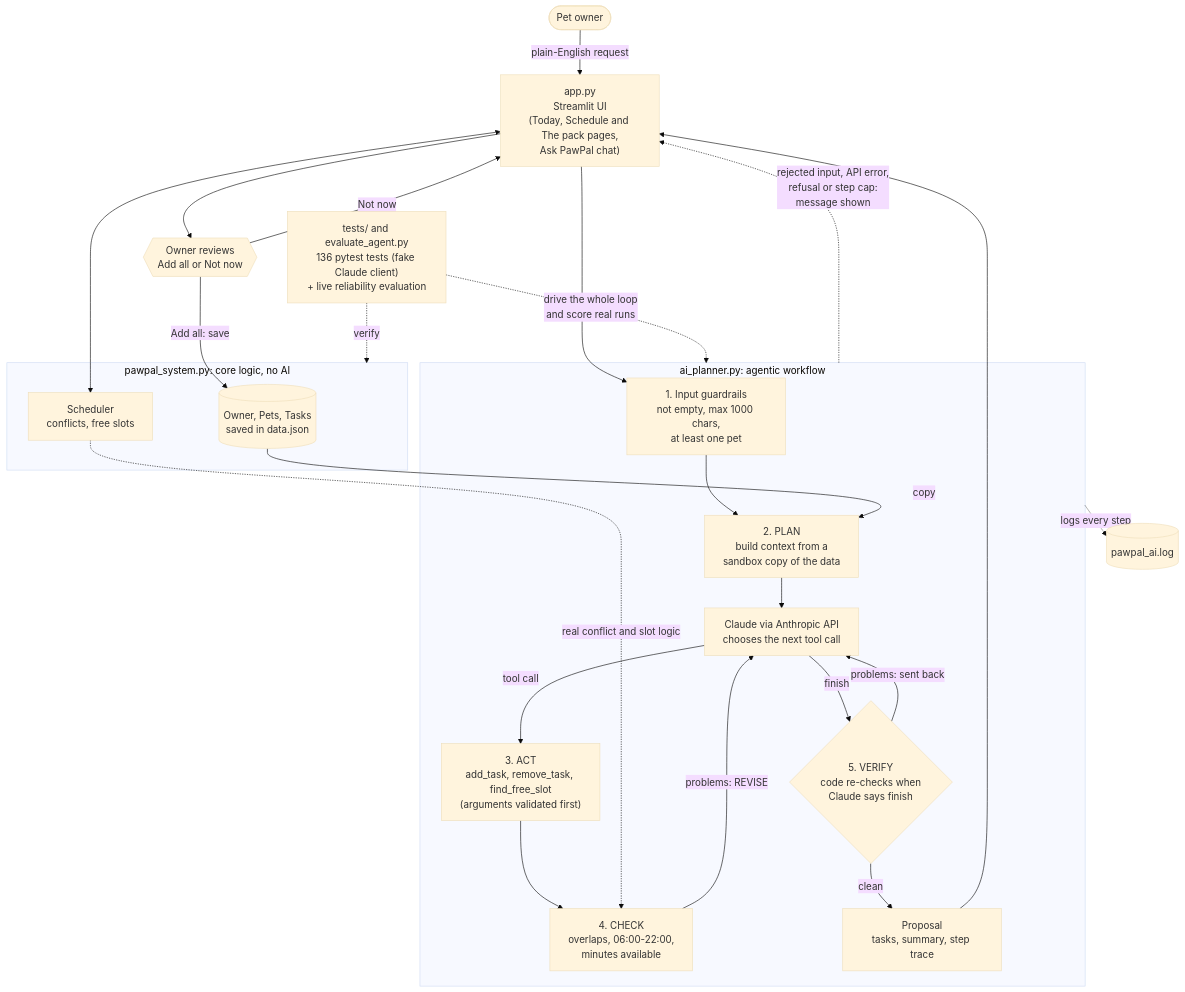
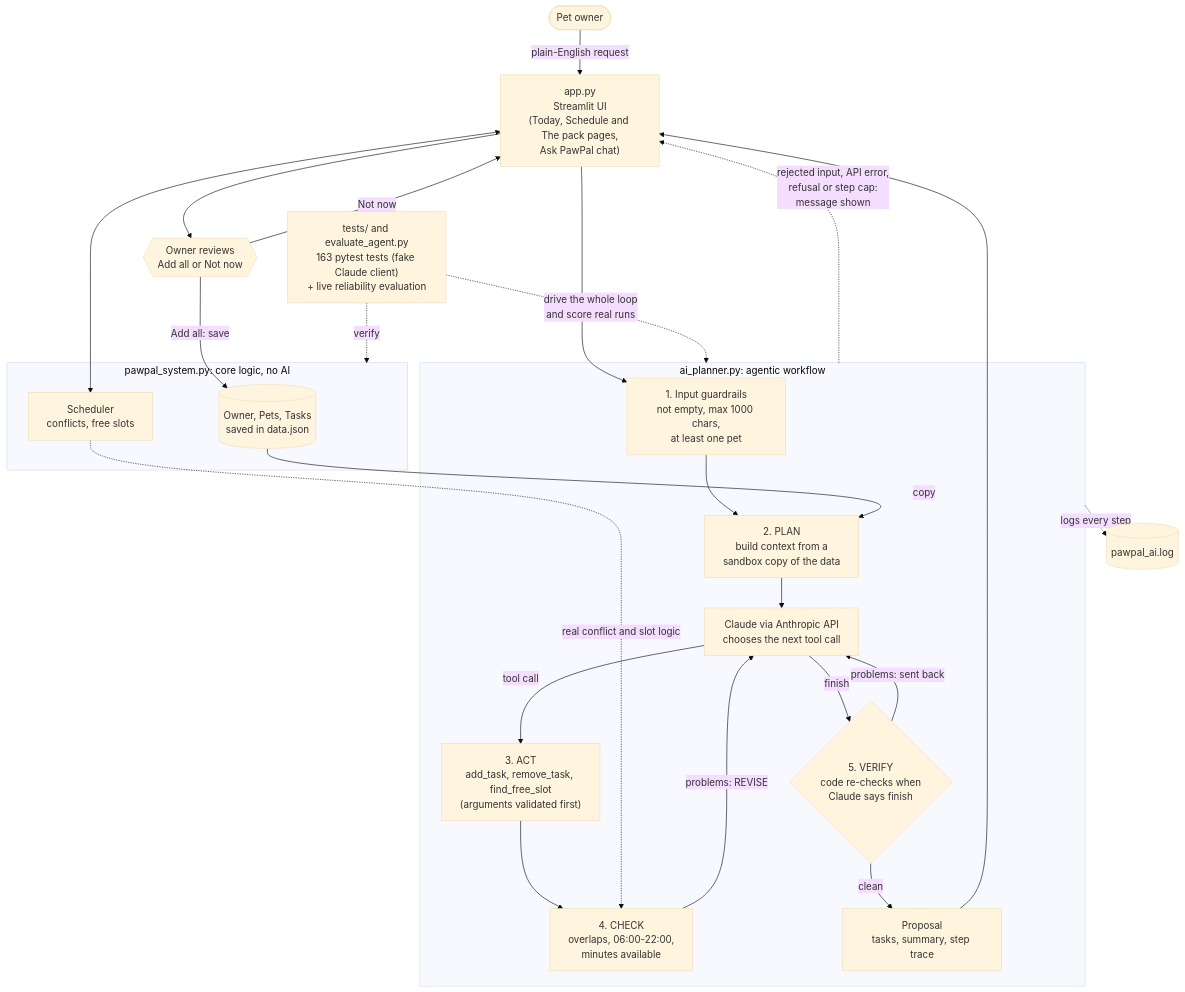
One commit to bior-m16/applied-ai-system-project changed the diagram in diagrams/architecture.mmd. Above: the diagram before and after it, drawn with Mermaid (base theme). The commit also changed 6 other files, not shown here.

```diff
--- a/diagrams/architecture.mmd
+++ b/diagrams/architecture.mmd
@@ -1,53 +1,53 @@
 flowchart TD
     %% PawPal+ architecture with the AI planning agent.
     %% Solid arrows = data flow. Dotted arrows = checking, logging and testing.
     %% The hexagon is the human decision point.
 
     User([Pet owner])
     App["app.py<br/>Streamlit UI<br/>(Today, Schedule and The pack pages,<br/>Ask PawPal chat)"]
 
     subgraph Core["pawpal_system.py: core logic, no AI"]
         Owner[("Owner, Pets, Tasks<br/>saved in data.json")]
         Scheduler["Scheduler<br/>conflicts, free slots"]
     end
 
     subgraph Agent["ai_planner.py: agentic workflow"]
         Input["1. Input guardrails<br/>not empty, max 1000 chars,<br/>at least one pet"]
         Context["2. PLAN<br/>build context from a<br/>sandbox copy of the data"]
         Claude["Claude via Anthropic API<br/>chooses the next tool call"]
         Tools["3. ACT<br/>add_task, remove_task, find_free_slot<br/>(arguments validated first)"]
         Check["4. CHECK<br/>overlaps, 06:00-22:00,<br/>minutes available"]
         Verify{"5. VERIFY<br/>code re-checks when<br/>Claude says finish"}
         Proposal["Proposal<br/>tasks, summary, step trace"]
     end
 
     Human{{"Owner reviews<br/>Add all or Not now"}}
     Log[("pawpal_ai.log")]
-    Tests["tests/ and evaluate_agent.py<br/>136 pytest tests (fake Claude client)<br/>+ live reliability evaluation"]
+    Tests["tests/ and evaluate_agent.py<br/>163 pytest tests (fake Claude client)<br/>+ live reliability evaluation"]
 
     %% Input -> process -> output
     User -->|"plain-English request"| App
     App --> Input
     Input --> Context
     Owner -->|"copy"| Context
     Context --> Claude
     Claude -->|"tool call"| Tools
     Tools --> Check
     Check -->|"problems: REVISE"| Claude
     Claude -->|"finish"| Verify
     Verify -->|"problems: sent back"| Claude
     Verify -->|"clean"| Proposal
     Proposal --> App
     App --> Human
     Human -->|"Add all: save"| Owner
     Human -->|"Not now"| App
 
     %% Normal app use and error paths
     App <--> Scheduler
     Scheduler -.->|"real conflict and slot logic"| Check
     Agent -.->|"rejected input, API error,<br/>refusal or step cap:<br/>message shown"| App
 
     %% Logging and testing
     Agent -.->|"logs every step"| Log
     Tests -.->|"verify"| Core
     Tests -.->|"drive the whole loop<br/>and score real runs"| Agent
```
